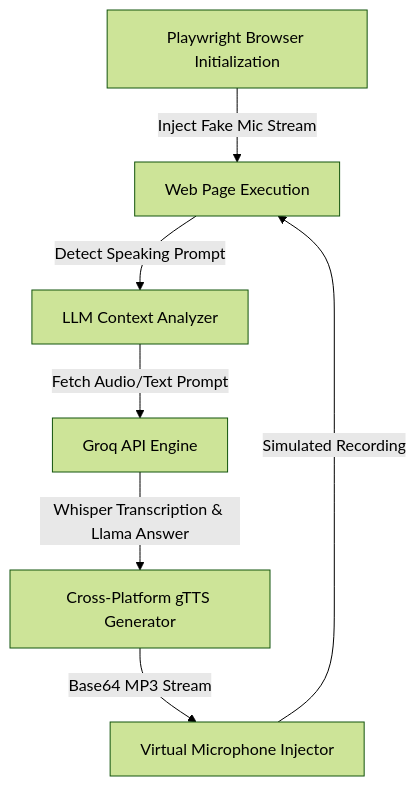
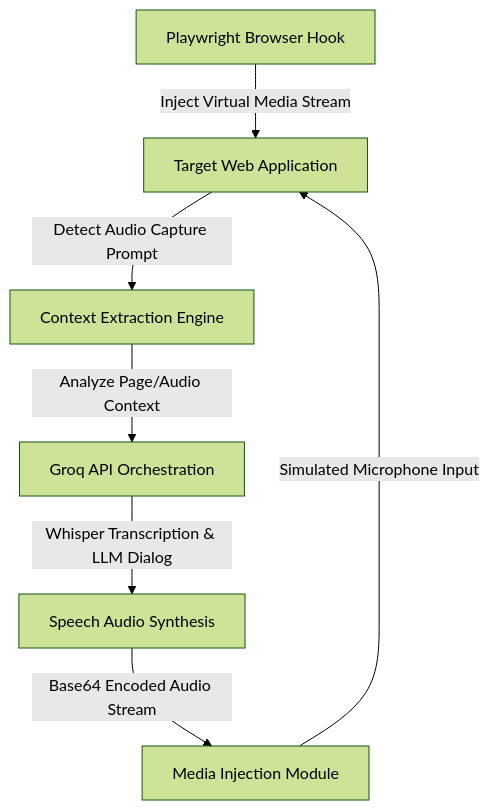
The diagram in README.md (vanshinatorr/automated-speaking-test-solver), drawn with Mermaid (forest theme) before and after one commit. The commit also changed other lines of this file, not shown here.

````diff
--- a/README.md
+++ b/README.md
@@ -22,9 +22,9 @@
 ```mermaid
 graph TD
-    A[Playwright Browser Initialization] -->|Inject Fake Mic Stream| B[Web Page Execution]
-    B -->|Detect Speaking Prompt| C[LLM Context Analyzer]
-    C -->|Fetch Audio/Text Prompt| D[Groq API Engine]
-    D -->|Whisper Transcription & Llama Answer| E[Cross-Platform gTTS Generator]
-    E -->|Base64 MP3 Stream| F[Virtual Microphone Injector]
-    F -->|Simulated Recording| B
+    A[Playwright Browser Hook] -->|Inject Virtual Media Stream| B[Target Web Application]
+    B -->|Detect Audio Capture Prompt| C[Context Extraction Engine]
+    C -->|Analyze Page/Audio Context| D[Groq API Orchestration]
+    D -->|Whisper Transcription & LLM Dialog| E[Speech Audio Synthesis]
+    E -->|Base64 Encoded Audio Stream| F[Media Injection Module]
+    F -->|Simulated Microphone Input| B
 ```
````
